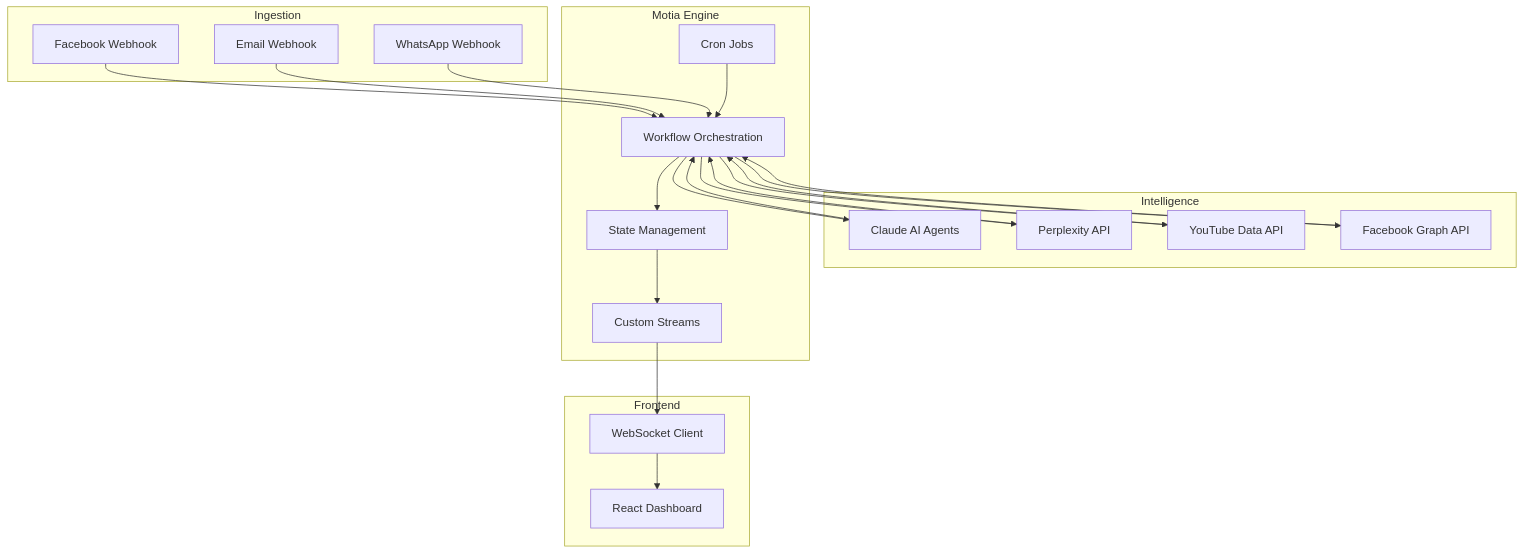
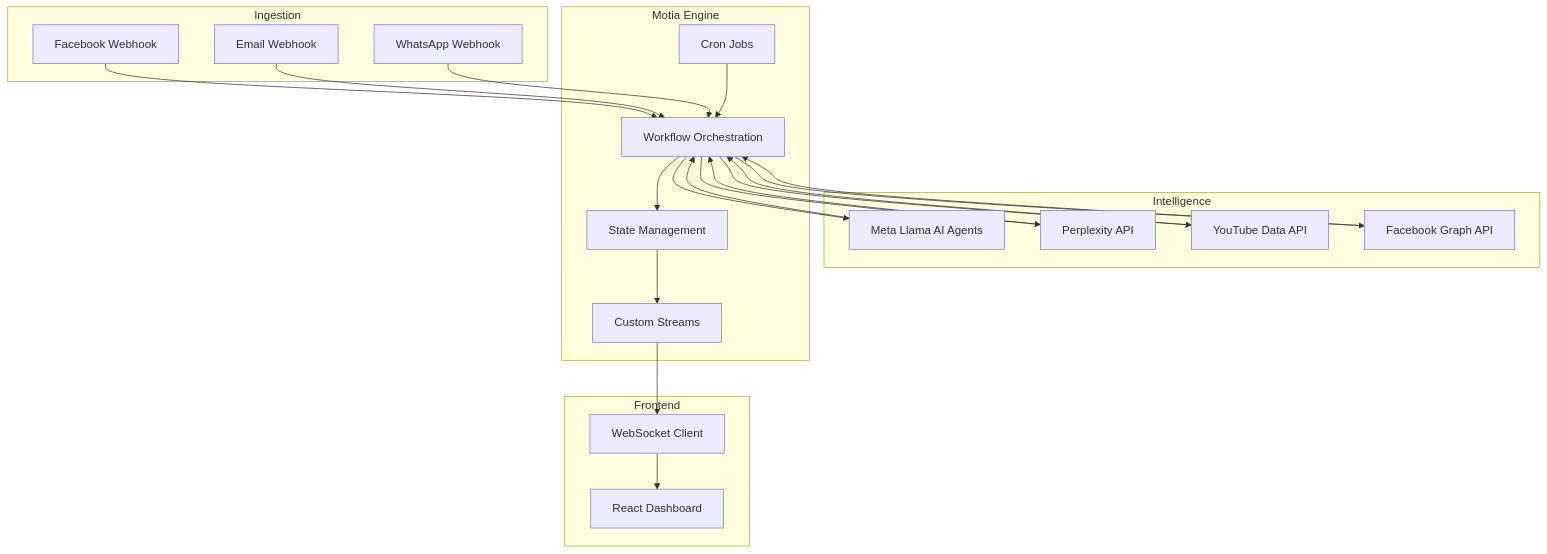
Before and after one commit to abhinav-m22/social-ops-ai: the first of 3 diagrams in README.md, drawn with Mermaid. The commit also changed other lines of this file and 1 other file, not shown here.

````diff
--- a/README.md
+++ b/README.md
@@ -100,48 +100,48 @@
 ```mermaid
 graph TB
     subgraph Ingestion
         FB[Facebook Webhook]
         EM[Email Webhook]
         WA[WhatsApp Webhook]
     end
     
     subgraph Intelligence
-        AI[Claude AI Agents]
+        AI[Meta Llama AI Agents]
         PX[Perplexity API]
         YT[YouTube Data API]
         FB_API[Facebook Graph API]
     end
     
     subgraph Motia Engine
         WF[Workflow Orchestration]
         ST[State Management]
         CR[Cron Jobs]
         STR[Custom Streams]
     end
     
     subgraph Frontend
         UI[React Dashboard]
         WS[WebSocket Client]
     end
     
     FB --> WF
     EM --> WF
     WA --> WF
     
     WF --> AI
     WF --> PX
     WF --> YT
     WF --> FB_API
     
     AI --> WF
     PX --> WF
     YT --> WF
     FB_API --> WF
     
     WF --> ST
     CR --> WF
     ST --> STR
     
     STR --> WS
     WS --> UI
 ```
````
